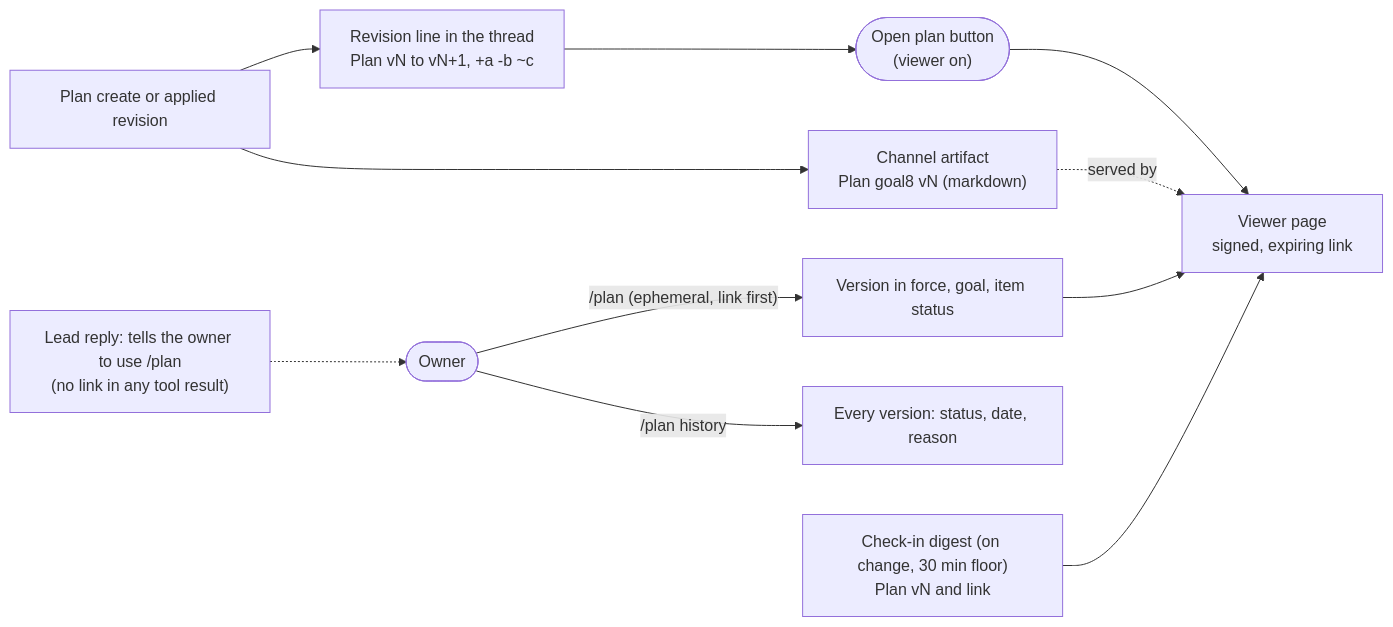
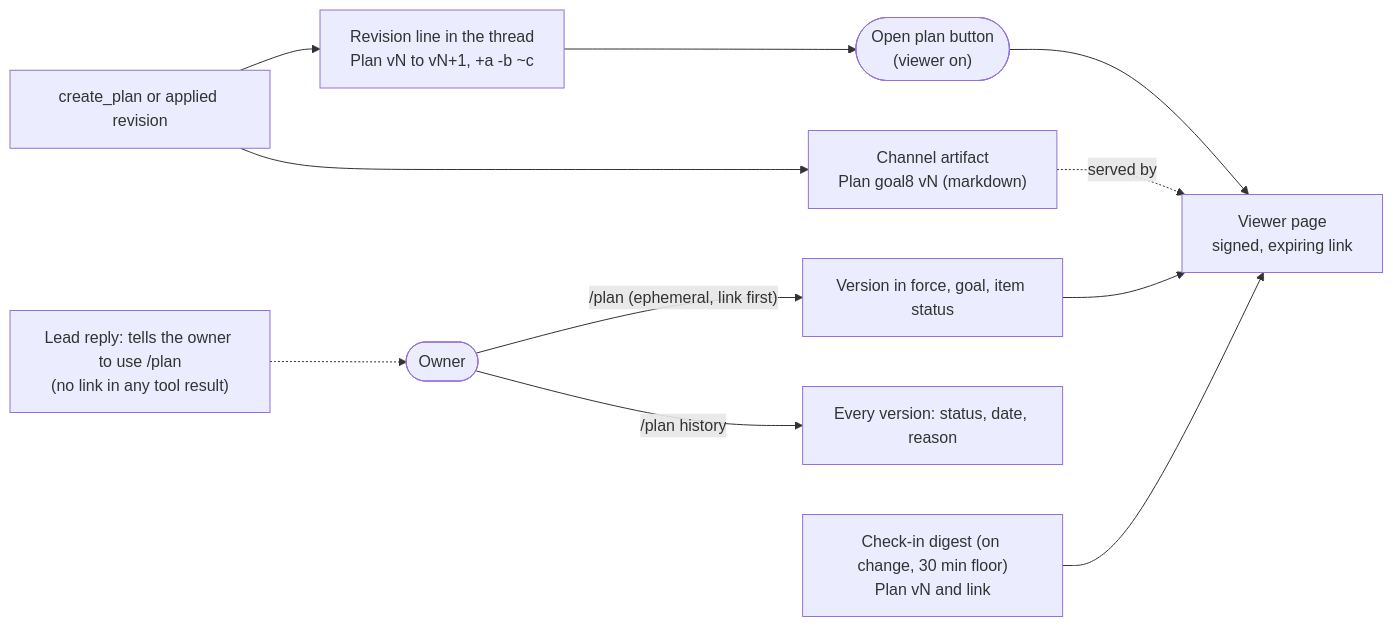
One commit to longlee218/slim-friday changed the fifth of 6 diagrams in docs/lead-team-flow.md. Above: the diagram before and after it, drawn with Mermaid. The commit also changed other lines of this file and 5 other files, not shown here.

Commit message:
docs: describe the lead-written plan flow, drop planner and rolling waves

````diff
--- a/docs/lead-team-flow.md
+++ b/docs/lead-team-flow.md
@@ -108,13 +103,13 @@
 ```mermaid
 flowchart LR
-    PV["Plan create or applied revision"] --> ART["Channel artifact<br/>Plan goal8 vN (markdown)"]
+    PV["create_plan or applied revision"] --> ART["Channel artifact<br/>Plan goal8 vN (markdown)"]
     PV --> LINE["Revision line in the thread<br/>Plan vN to vN+1, +a -b ~c"]
     LINE --> BTN(["Open plan button<br/>(viewer on)"])
     BTN --> VIEW["Viewer page<br/>signed, expiring link"]
     ART -.->|"served by"| VIEW
     OWNER(["Owner"]) -->|"/plan (ephemeral, link first)"| CMD["Version in force, goal, item status"]
     OWNER -->|"/plan history"| HIST["Every version: status, date, reason"]
     CMD --> VIEW
     DIG["Check-in digest (on change, 30 min floor)<br/>Plan vN and link"] --> VIEW
     LEAD["Lead reply: tells the owner to use /plan<br/>(no link in any tool result)"] -.-> OWNER
 ```
````
